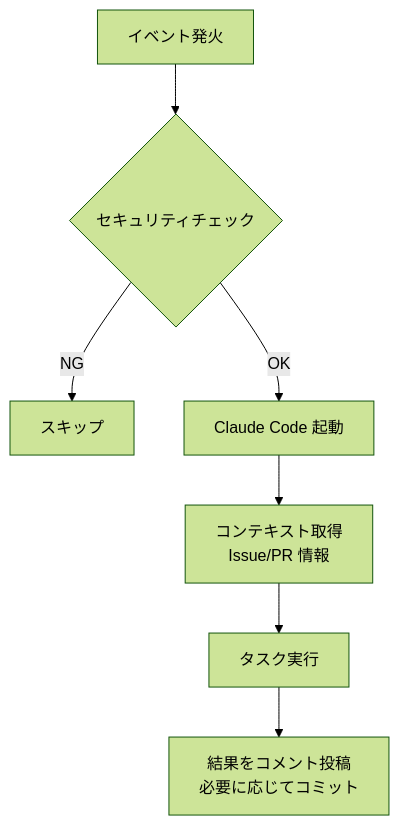
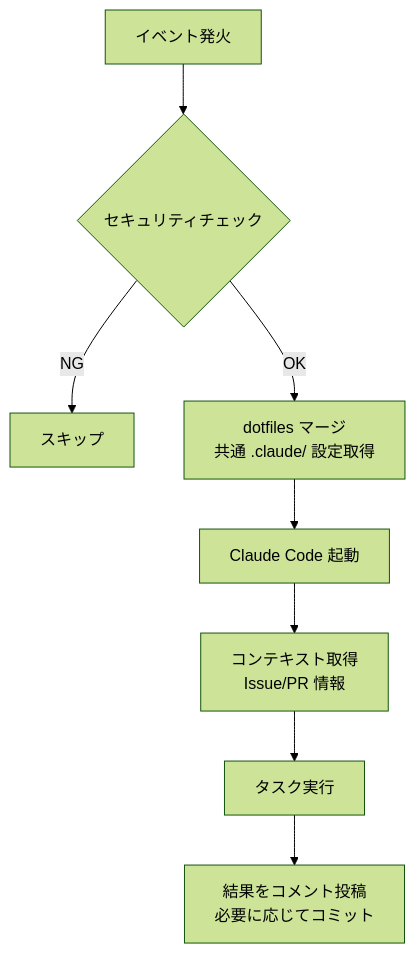
Before and after one commit to AnhKun2027/02-Test-webapp: the diagram in docs/specs/claude-code-actions.md, drawn with Mermaid (forest theme). The commit also changed other lines of this file and 2 other files, not shown here.

Commit message:
docs: 仕様書・READMEに dotfiles マージステップの記述を追加 (#72)

````diff
--- a/docs/specs/claude-code-actions.md
+++ b/docs/specs/claude-code-actions.md
@@ -47,9 +47,10 @@
 ```mermaid
 flowchart TD
     A[イベント発火] --> B{セキュリティチェック}
     B -->|NG| C[スキップ]
-    B -->|OK| D[Claude Code 起動]
-    D --> E[コンテキスト取得<br/>Issue/PR 情報]
-    E --> F[タスク実行]
-    F --> G[結果をコメント投稿<br/>必要に応じてコミット]
+    B -->|OK| D[dotfiles マージ<br/>共通 .claude/ 設定取得]
+    D --> E[Claude Code 起動]
+    E --> F[コンテキスト取得<br/>Issue/PR 情報]
+    F --> G[タスク実行]
+    G --> H[結果をコメント投稿<br/>必要に応じてコミット]
 ```
````
